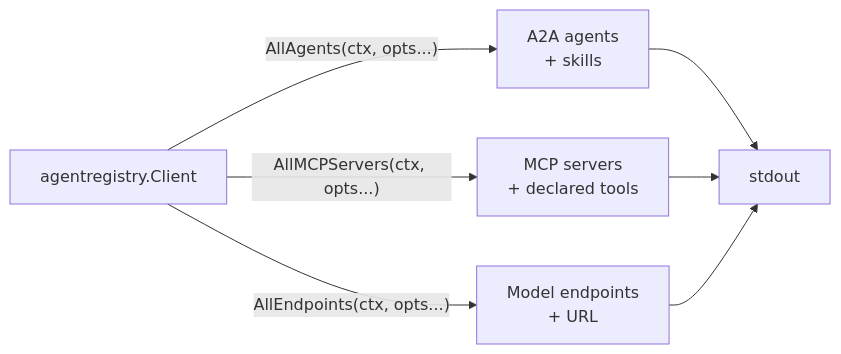
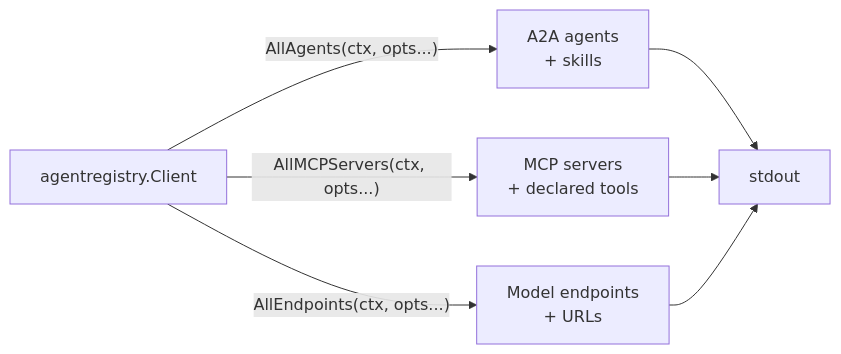
The diagram in examples/agentregistry/discover/README.md (AARUSHGAUR/adk-go), drawn with Mermaid before and after one commit. The commit also changed 3 other files, not shown here.

````diff
--- a/examples/agentregistry/discover/README.md
+++ b/examples/agentregistry/discover/README.md
@@ -19,10 +19,10 @@
 ```mermaid
 graph LR
     Client["agentregistry.Client"]
     Client -- "AllAgents(ctx, opts...)" --> A["A2A agents<br/>+ skills"]
     Client -- "AllMCPServers(ctx, opts...)" --> M["MCP servers<br/>+ declared tools"]
-    Client -- "AllEndpoints(ctx, opts...)" --> E["Model endpoints<br/>+ URL"]
+    Client -- "AllEndpoints(ctx, opts...)" --> E["Model endpoints<br/>+ URLs"]
     A --> Out[stdout]
     M --> Out
     E --> Out
 ```
````
